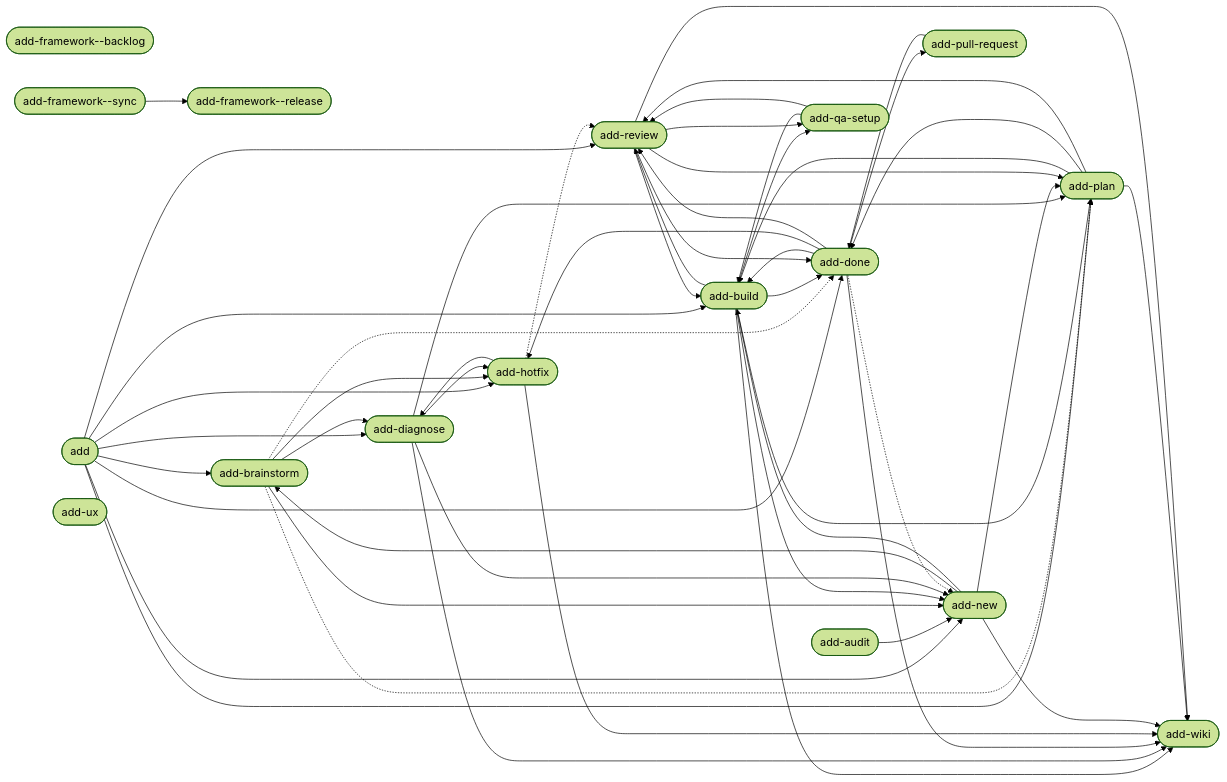
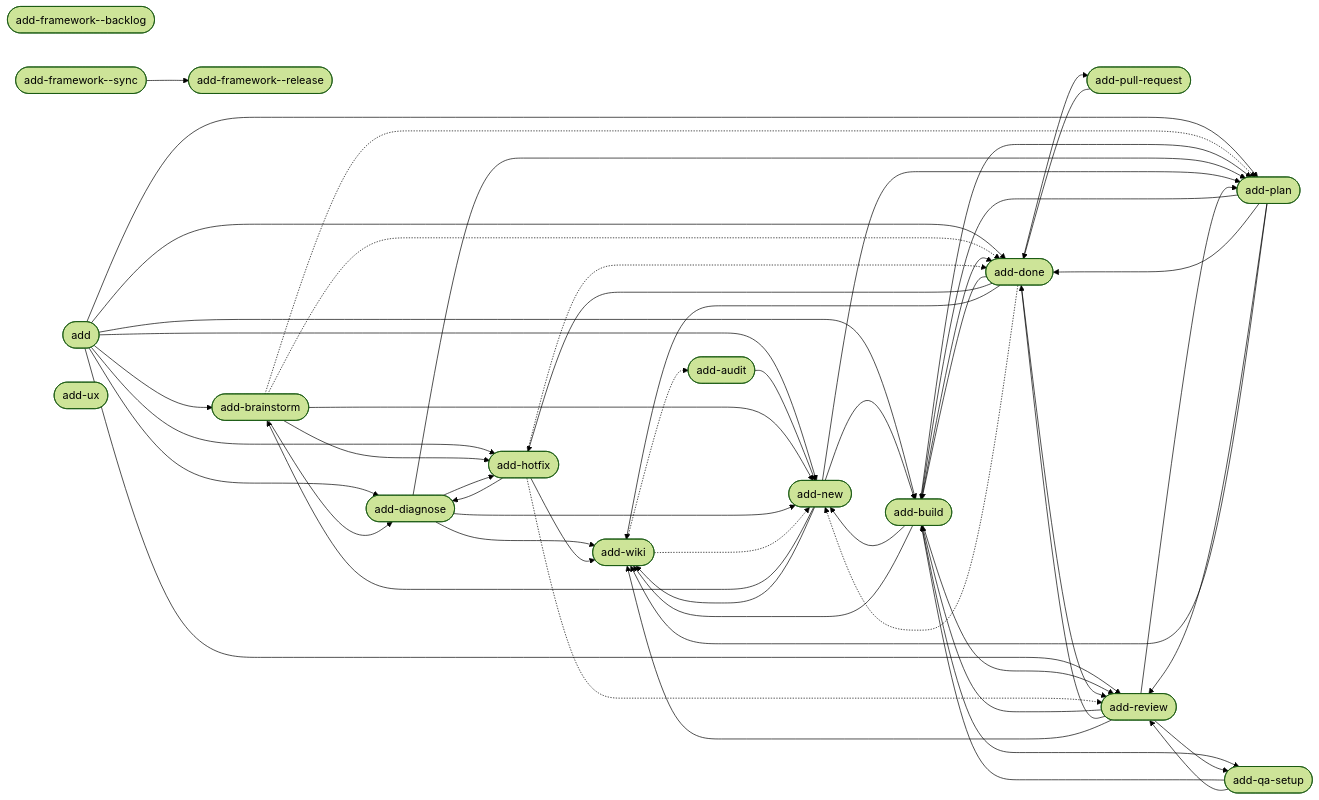
Before and after one commit to brabos-ai/code-addiction: the diagram in web/public/artefact-graph.mmd, drawn with Mermaid (forest theme). The commit also changed 3 other files, not shown here.

```diff
--- a/web/public/artefact-graph.mmd
+++ b/web/public/artefact-graph.mmd
@@ -1,68 +1,71 @@
 flowchart LR
     n_internal_command_add_framework__backlog(["add-framework--backlog"])
     n_internal_command_add_framework__release(["add-framework--release"])
     n_internal_command_add_framework__sync(["add-framework--sync"])
     n_product_command_add(["add"])
     n_product_command_add_audit(["add-audit"])
     n_product_command_add_brainstorm(["add-brainstorm"])
     n_product_command_add_build(["add-build"])
     n_product_command_add_diagnose(["add-diagnose"])
     n_product_command_add_done(["add-done"])
     n_product_command_add_hotfix(["add-hotfix"])
     n_product_command_add_new(["add-new"])
     n_product_command_add_plan(["add-plan"])
     n_product_command_add_pull_request(["add-pull-request"])
     n_product_command_add_qa_setup(["add-qa-setup"])
     n_product_command_add_review(["add-review"])
     n_product_command_add_ux(["add-ux"])
     n_product_command_add_wiki(["add-wiki"])
     n_internal_command_add_framework__sync --> n_internal_command_add_framework__release
     n_product_command_add --> n_product_command_add_brainstorm
     n_product_command_add --> n_product_command_add_build
     n_product_command_add --> n_product_command_add_diagnose
     n_product_command_add --> n_product_command_add_done
     n_product_command_add --> n_product_command_add_hotfix
     n_product_command_add --> n_product_command_add_new
     n_product_command_add --> n_product_command_add_plan
     n_product_command_add --> n_product_command_add_review
     n_product_command_add_audit --> n_product_command_add_new
     n_product_command_add_brainstorm --> n_product_command_add_diagnose
     n_product_command_add_brainstorm --> n_product_command_add_hotfix
     n_product_command_add_brainstorm --> n_product_command_add_new
     n_product_command_add_brainstorm -.-> n_product_command_add_done
     n_product_command_add_brainstorm -.-> n_product_command_add_plan
     n_product_command_add_build --> n_product_command_add_done
     n_product_command_add_build --> n_product_command_add_new
     n_product_command_add_build --> n_product_command_add_plan
     n_product_command_add_build --> n_product_command_add_qa_setup
     n_product_command_add_build --> n_product_command_add_review
     n_product_command_add_build --> n_product_command_add_wiki
     n_product_command_add_diagnose --> n_product_command_add_hotfix
     n_product_command_add_diagnose --> n_product_command_add_new
     n_product_command_add_diagnose --> n_product_command_add_plan
     n_product_command_add_diagnose --> n_product_command_add_wiki
     n_product_command_add_done --> n_product_command_add_build
     n_product_command_add_done --> n_product_command_add_hotfix
     n_product_command_add_done --> n_product_command_add_pull_request
     n_product_command_add_done --> n_product_command_add_review
     n_product_command_add_done --> n_product_command_add_wiki
     n_product_command_add_done -.-> n_product_command_add_new
     n_product_command_add_hotfix --> n_product_command_add_diagnose
     n_product_command_add_hotfix --> n_product_command_add_wiki
+    n_product_command_add_hotfix -.-> n_product_command_add_done
     n_product_command_add_hotfix -.-> n_product_command_add_review
     n_product_command_add_new --> n_product_command_add_brainstorm
     n_product_command_add_new --> n_product_command_add_build
     n_product_command_add_new --> n_product_command_add_plan
     n_product_command_add_new --> n_product_command_add_wiki
     n_product_command_add_plan --> n_product_command_add_build
     n_product_command_add_plan --> n_product_command_add_done
     n_product_command_add_plan --> n_product_command_add_review
     n_product_command_add_plan --> n_product_command_add_wiki
     n_product_command_add_pull_request --> n_product_command_add_done
     n_product_command_add_qa_setup --> n_product_command_add_build
     n_product_command_add_qa_setup --> n_product_command_add_review
     n_product_command_add_review --> n_product_command_add_build
     n_product_command_add_review --> n_product_command_add_done
     n_product_command_add_review --> n_product_command_add_plan
     n_product_command_add_review --> n_product_command_add_qa_setup
     n_product_command_add_review --> n_product_command_add_wiki
+    n_product_command_add_wiki -.-> n_product_command_add_audit
+    n_product_command_add_wiki -.-> n_product_command_add_new
```
